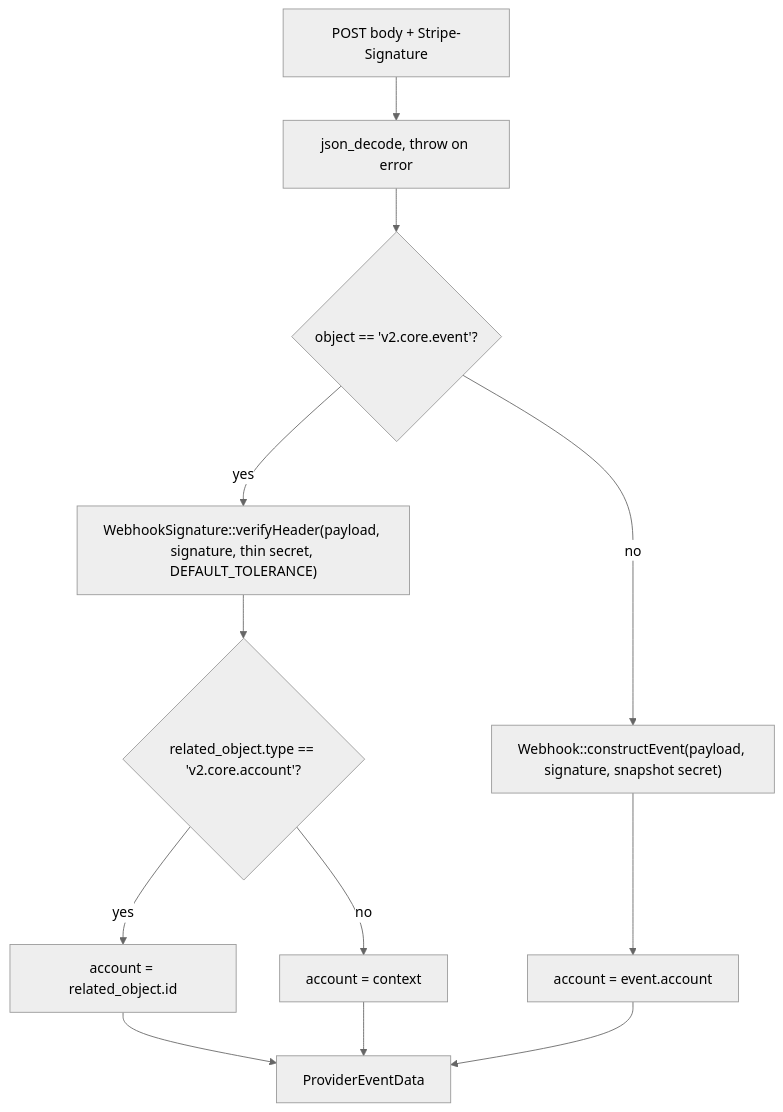
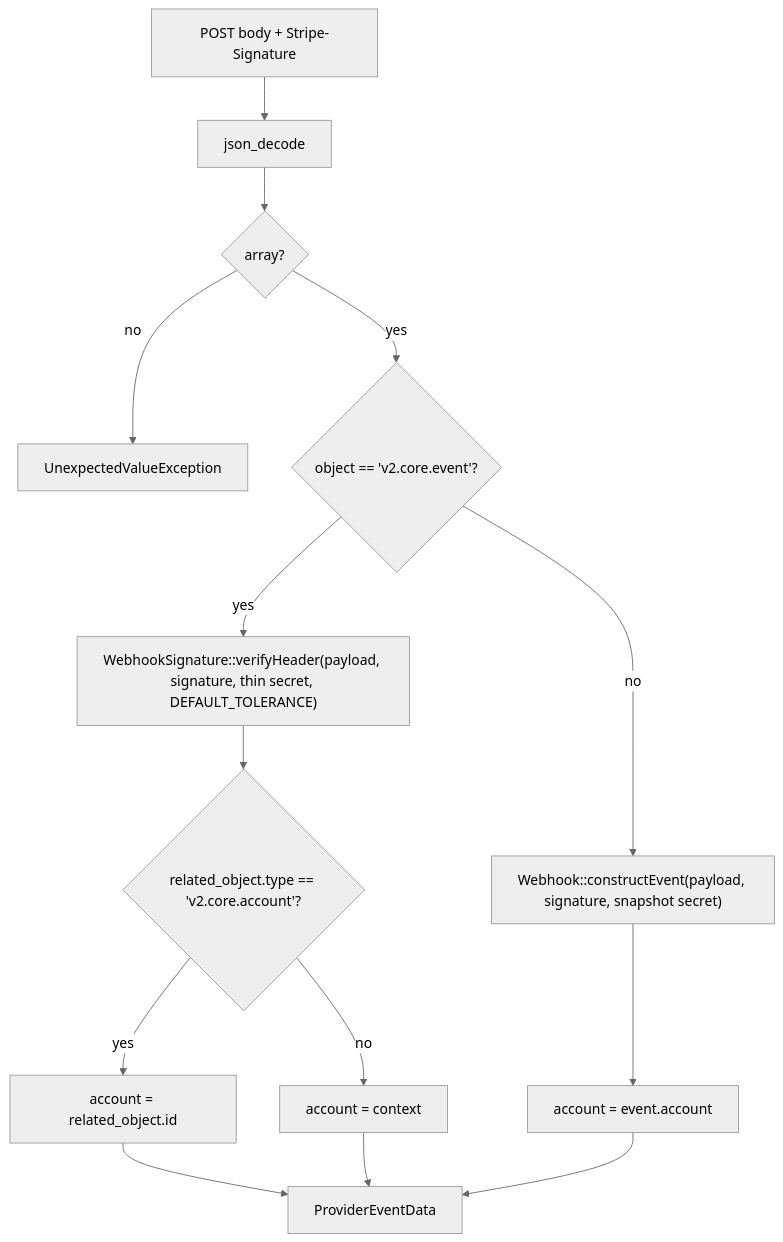
The first of 2 diagrams in docs/Webhooks.md (net-os-com/laravel-payments), drawn with Mermaid (neutral theme) before and after one commit. The commit also changed other lines of this file and 14 other files, not shown here.

````diff
--- a/docs/Webhooks.md
+++ b/docs/Webhooks.md
@@ -65,12 +66,14 @@
 ```mermaid
 flowchart TD
-    Req[POST body + Stripe-Signature] --> Dec[json_decode, throw on error]
-    Dec --> Thin{"object == 'v2.core.event'?"}
+    Req[POST body + Stripe-Signature] --> Dec[json_decode]
+    Dec --> Arr{array?}
+    Arr -->|no| Bad[UnexpectedValueException]
+    Arr -->|yes| Thin{"object == 'v2.core.event'?"}
     Thin -->|yes| VT["WebhookSignature::verifyHeader(payload, signature, thin secret, DEFAULT_TOLERANCE)"]
     VT --> AccT{"related_object.type == 'v2.core.account'?"}
     AccT -->|yes| A1[account = related_object.id]
     AccT -->|no| A2[account = context]
     Thin -->|no| VS["Webhook::constructEvent(payload, signature, snapshot secret)"]
     VS --> A3[account = event.account]
     A1 & A2 & A3 --> Out[ProviderEventData]
 ```
````
